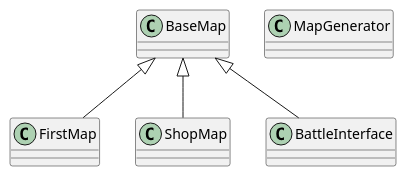
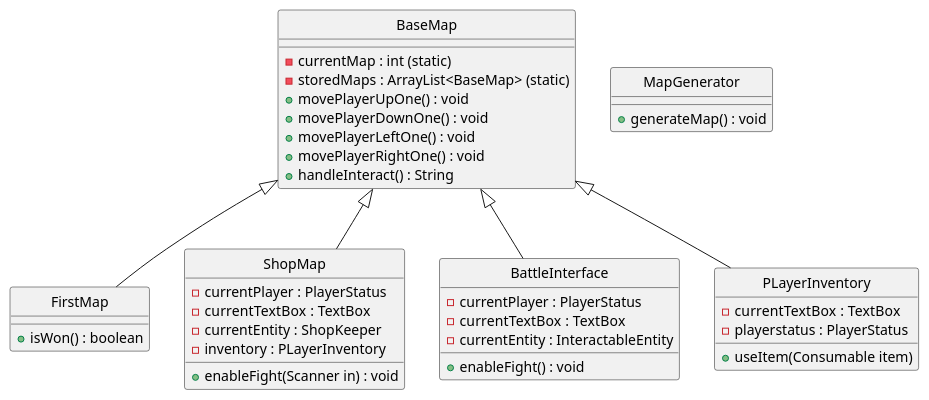
Before and after one commit to aaravrawal52/tp: the diagram in graph/Map.puml, drawn with PlantUML. The commit also changed 2 other files, not shown here.

Commit message:
Improve puml diagram and change description for Map package

```diff
--- a/graph/Map.puml
+++ b/graph/Map.puml
@@ -2,27 +2,52 @@
 @startuml
-
+hide circle
 
 
   class BaseMap {
+- currentMap : int (static)
+- storedMaps : ArrayList<BaseMap> (static)
++ movePlayerUpOne() : void
++ movePlayerDownOne() : void
++ movePlayerLeftOne() : void
++ movePlayerRightOne() : void
++ handleInteract() : String
   }
 
   class FirstMap {
++ isWon() : boolean
   }
 
   class MapGenerator {
+  + generateMap() : void
   }
 
   class ShopMap {
+  - currentPlayer : PlayerStatus
+  - currentTextBox : TextBox
+  - currentEntity : ShopKeeper
+  - inventory : PLayerInventory
+  + enableFight(Scanner in) : void
   }
 
-    class BattleInterface {
-    }
+   class BattleInterface {
+  - currentPlayer : PlayerStatus
+  - currentTextBox : TextBox
+  - currentEntity : InteractableEntity
+  + enableFight() : void
+   }
+
+   class PLayerInventory {
+   - currentTextBox : TextBox
+   - playerstatus : PlayerStatus
+   + useItem(Consumable item)
+   }
 
 
 
   BaseMap <|-- FirstMap
   BaseMap <|-- ShopMap
   BaseMap <|-- BattleInterface
+  BaseMap <|-- PLayerInventory
 
 
 @enduml
```
